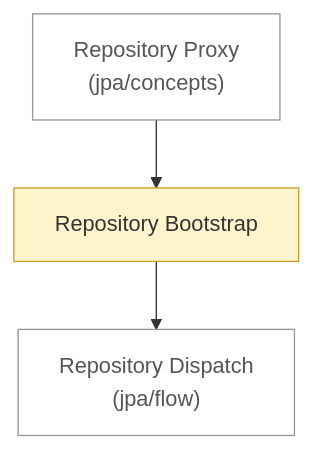
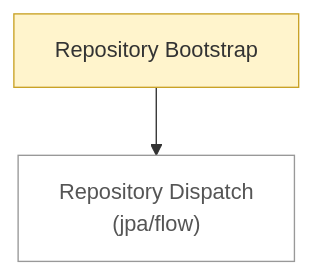
One commit to Pizza-Mozzarella/self-learning changed the diagram in notes/backend/spring/flow/README.md. Above: the diagram before and after it, drawn with Mermaid. The commit also changed other lines of this file and 13 other files, not shown here.

````diff
--- a/notes/backend/spring/flow/README.md
+++ b/notes/backend/spring/flow/README.md
@@ -6,12 +6,10 @@
 ```mermaid
 flowchart TD
     n0["Repository Bootstrap"]:::draft
-    n1["Repository Proxy<br/>(jpa/concepts)"]:::ext
-    n2["Repository Dispatch<br/>(jpa/flow)"]:::ext
-    n0 --> n2
-    n1 --> n0
+    n1["Repository Dispatch<br/>(jpa/flow)"]:::ext
+    n0 --> n1
     classDef stub fill:#eeeeee,stroke:#999999,stroke-dasharray:4 3,color:#555555
     classDef draft fill:#fff4cc,stroke:#c9a227,color:#333333
     classDef ok fill:#d8f0dc,stroke:#3a9d5d,color:#222222
     classDef ext fill:#ffffff,stroke:#999999,color:#555555
 ```
````
